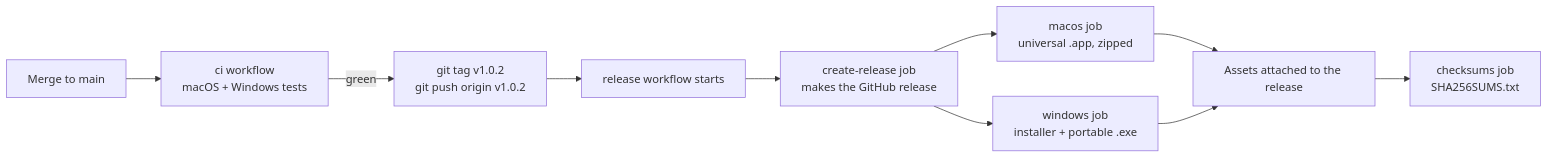
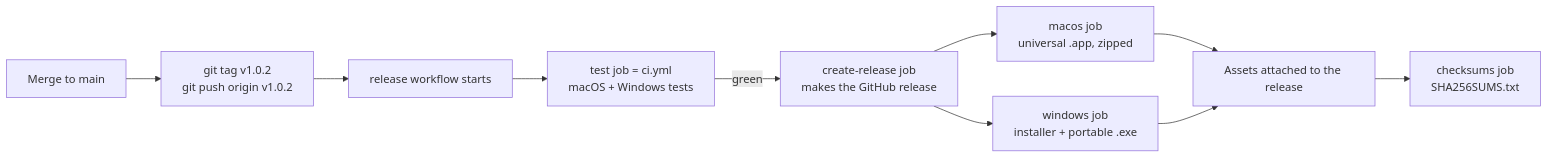
The diagram in docs/RELEASING.md (bkjonathan/ein-cast), drawn with Mermaid before and after one commit. The commit also changed other lines of this file and 3 other files, not shown here.

````diff
--- a/docs/RELEASING.md
+++ b/docs/RELEASING.md
@@ -11,12 +11,12 @@
 ```mermaid
 flowchart LR
-    A[Merge to main] --> B[ci workflow<br/>macOS + Windows tests]
-    B -->|green| C[git tag v1.0.2<br/>git push origin v1.0.2]
+    A[Merge to main] --> C[git tag v1.0.2<br/>git push origin v1.0.2]
     C --> D[release workflow starts]
-    D --> E[create-release job<br/>makes the GitHub release]
+    D --> B[test job = ci.yml<br/>macOS + Windows tests]
+    B -->|green| E[create-release job<br/>makes the GitHub release]
     E --> F[macos job<br/>universal .app, zipped]
     E --> G[windows job<br/>installer + portable .exe]
     F --> H[Assets attached to the release]
     G --> H
     H --> I[checksums job<br/>SHA256SUMS.txt]
 ```
````
